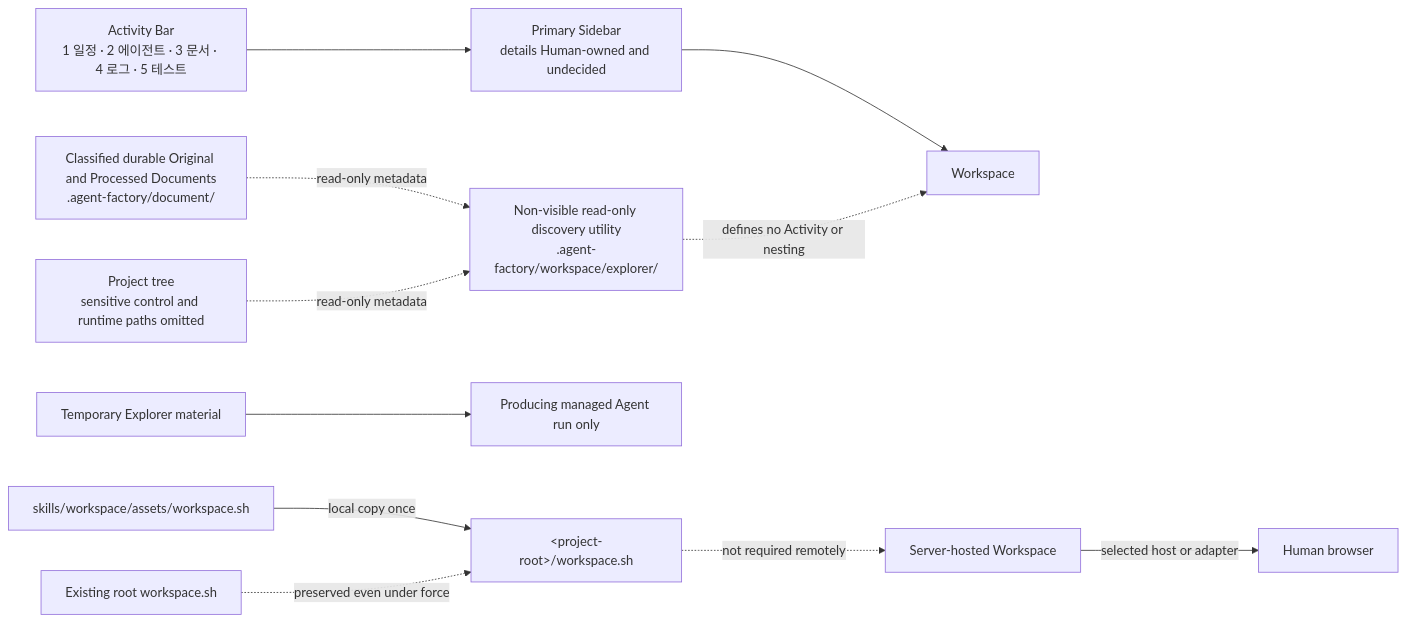
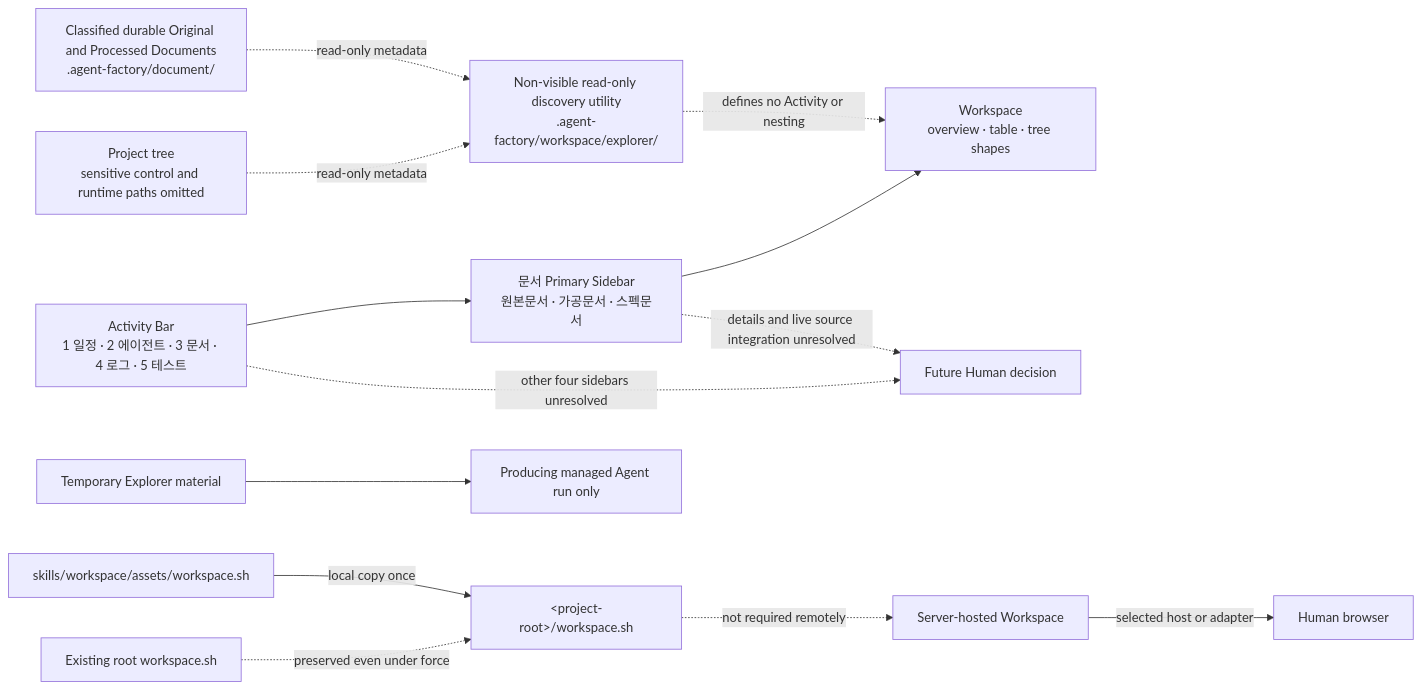
One commit to KoreanLeeChangHyun/agent-factory-codex-plugin changed the ninth of 9 diagrams in skills/convention/references/diagrams.md. Above: the diagram before and after it, drawn with Mermaid. The commit also changed other lines of this file and 134 other files, not shown here.

````diff
--- a/skills/convention/references/diagrams.md
+++ b/skills/convention/references/diagrams.md
@@ -203,14 +209,16 @@
 ```mermaid
 flowchart LR
     accTitle: Human-facing Workspace shell and launcher
-    accDescr: The Activity Bar contains only 일정, 에이전트, 문서, 로그, and 테스트 in that order; Primary Sidebar details remain undecided; a non-visible read-only utility projects only the project and classified Original and Processed Document trees without defining an Activity or nesting, while temporary Explorer material remains only in its producing Agent run.
-    Activity[Activity Bar<br/>1 일정 · 2 에이전트 · 3 문서 · 4 로그 · 5 테스트] --> Sidebar[Primary Sidebar<br/>details Human-owned and undecided] --> Workspace[Workspace]
+    accDescr: The Activity Bar contains only 일정, 에이전트, 문서, 로그, and 테스트 in that order; the Document sidebar has ordered Original, Processed, and Specification UI groups with decided overview, table, and tree shapes while finer details and the other four sidebars remain unresolved; a non-visible read-only utility projects only the project and classified Original and Processed Document trees without supplying the unresolved live source contract, while temporary Explorer material remains only in its producing Agent run.
+    Activity[Activity Bar<br/>1 일정 · 2 에이전트 · 3 문서 · 4 로그 · 5 테스트] --> Sidebar[문서 Primary Sidebar<br/>원본문서 · 가공문서 · 스펙문서] --> Workspace[Workspace<br/>overview · table · tree shapes]
+    Activity -. other four sidebars unresolved .-> HumanDecision[Future Human decision]
+    Sidebar -. details and live source integration unresolved .-> HumanDecision
     Evidence[Classified durable Original and Processed Documents<br/>.agent-factory/document/] -. read-only metadata .-> DiscoveryUtility[Non-visible read-only discovery utility<br/>.agent-factory/workspace/explorer/]
     Project[Project tree<br/>sensitive control and runtime paths omitted] -. read-only metadata .-> DiscoveryUtility
     DiscoveryUtility -. defines no Activity or nesting .-> Workspace
     Temporary[Temporary Explorer material] --> RunLocal[Producing managed Agent run only]
     Asset[skills/workspace/assets/workspace.sh] -->|local copy once| Root[&lt;project-root&gt;/workspace.sh]
     Existing[Existing root workspace.sh] -. preserved even under force .-> Root
     Remote[Server-hosted Workspace] -->|selected host or adapter| Browser[Human browser]
     Root -. not required remotely .-> Remote
 ```
````
